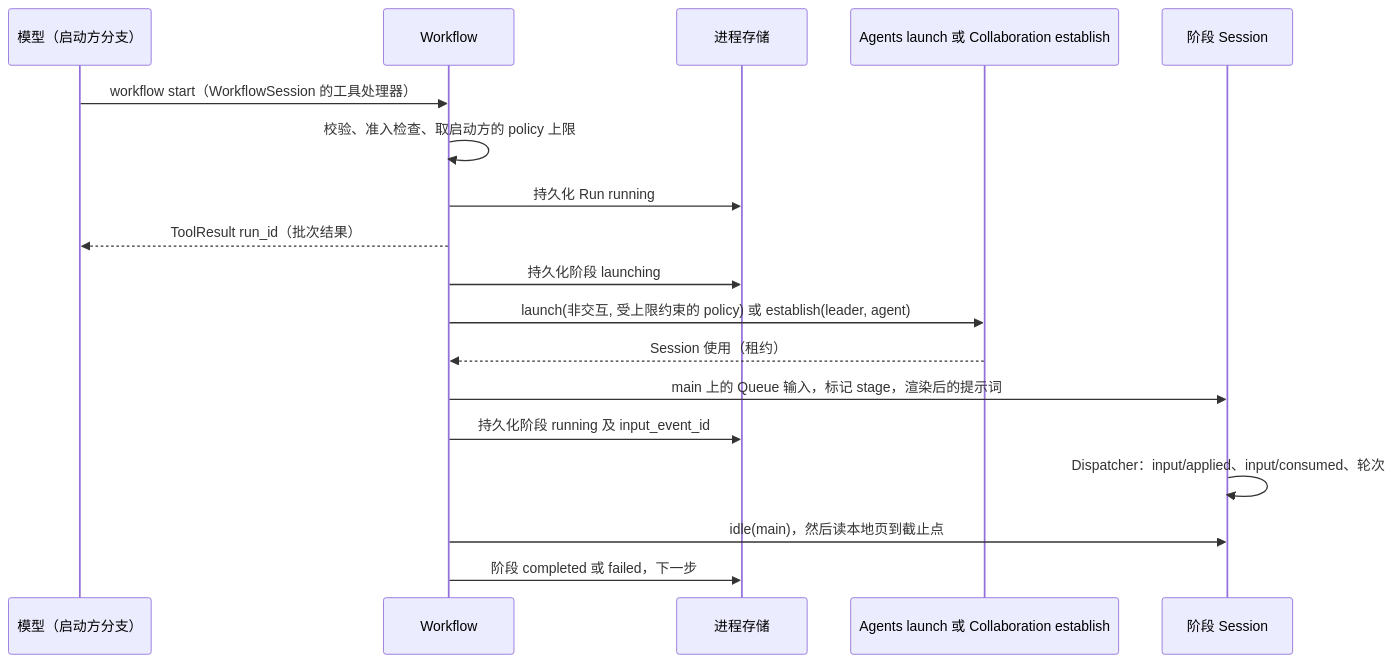
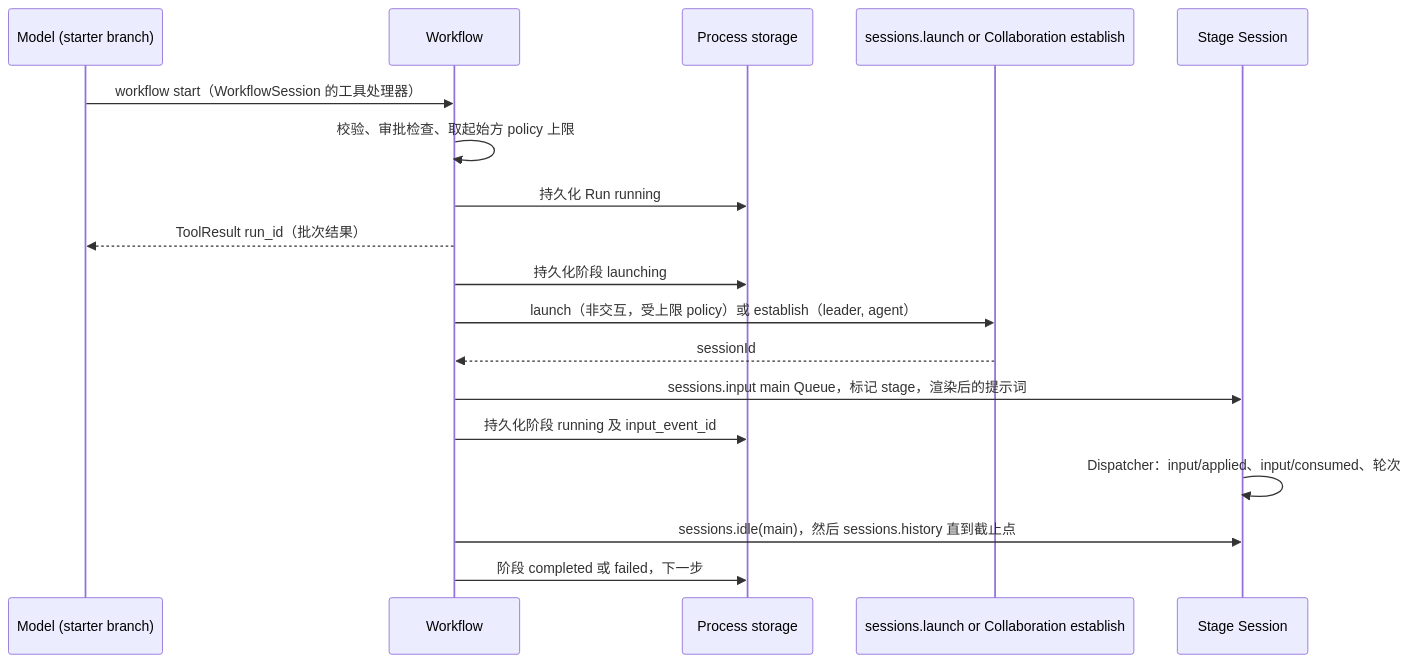
One commit to CoutinhoTTS/dim-agent changed the third of 6 diagrams in docs/zh/design/plugins/Workflow.md. Above: the diagram before and after it, drawn with Mermaid. The commit also changed other lines of this file and 18 other files, not shown here.

````diff
--- a/docs/zh/design/plugins/Workflow.md
+++ b/docs/zh/design/plugins/Workflow.md
@@ -96,20 +96,20 @@
 ```mermaid
 sequenceDiagram
-  participant M as 模型（启动方分支）
+  participant M as Model (starter branch)
   participant WF as Workflow
-  participant ST as 进程存储
-  participant AG as Agents launch 或 Collaboration establish
-  participant SS as 阶段 Session
+  participant ST as Process storage
+  participant AG as sessions.launch or Collaboration establish
+  participant SS as Stage Session
   M->>WF: workflow start（WorkflowSession 的工具处理器）
-  WF->>WF: 校验、准入检查、取启动方的 policy 上限
+  WF->>WF: 校验、审批检查、取起始方 policy 上限
   WF->>ST: 持久化 Run running
   WF-->>M: ToolResult run_id（批次结果）
   WF->>ST: 持久化阶段 launching
-  WF->>AG: launch(非交互, 受上限约束的 policy) 或 establish(leader, agent)
-  AG-->>WF: Session 使用（租约）
-  WF->>SS: main 上的 Queue 输入，标记 stage，渲染后的提示词
+  WF->>AG: launch（非交互，受上限 policy）或 establish（leader, agent）
+  AG-->>WF: sessionId
+  WF->>SS: sessions.input main Queue，标记 stage，渲染后的提示词
   WF->>ST: 持久化阶段 running 及 input_event_id
   SS->>SS: Dispatcher：input/applied、input/consumed、轮次
-  WF->>SS: idle(main)，然后读本地页到截止点
+  WF->>SS: sessions.idle(main)，然后 sessions.history 直到截止点
   WF->>ST: 阶段 completed 或 failed，下一步
 ```
````
